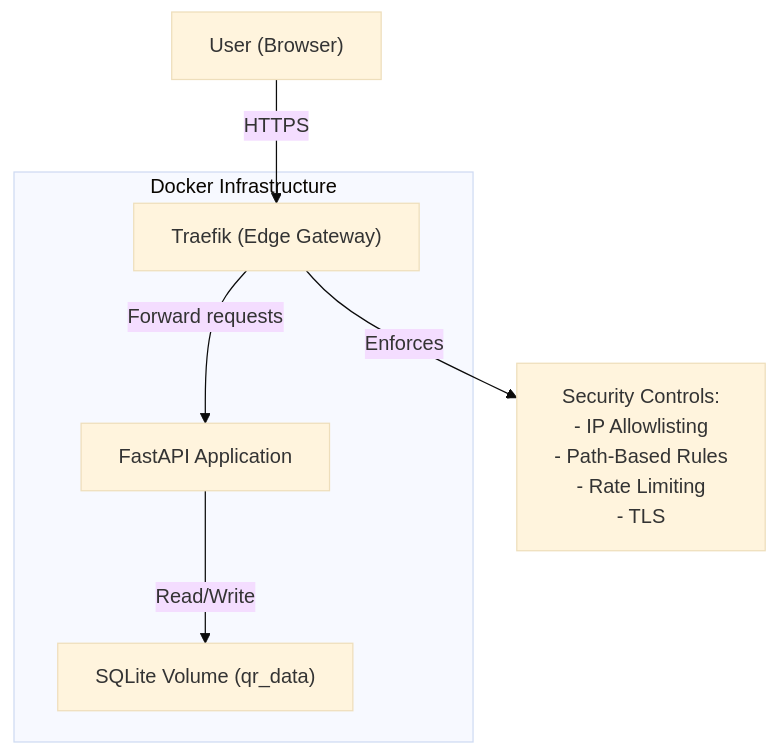
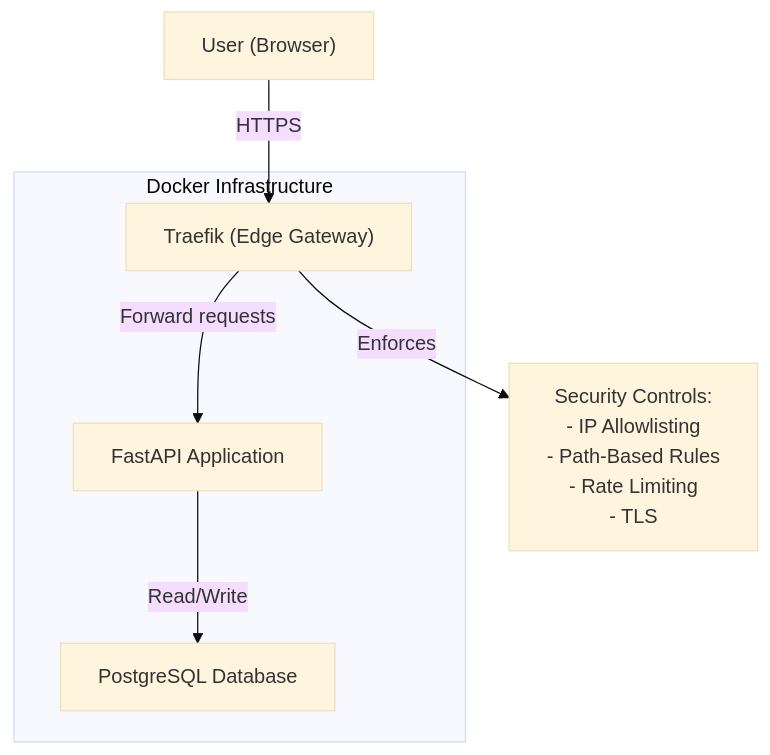
Before and after one commit to gsinghjay/mvp_qr_gen: the first of 3 diagrams in INFRASTRUCTURE.md, drawn with Mermaid (base theme). The commit also changed other lines of this file, not shown here.

Commit message:
docs: update infrastructure documentation for PostgreSQL architecture

````diff
--- a/INFRASTRUCTURE.md
+++ b/INFRASTRUCTURE.md
@@ -7,12 +7,12 @@
 ```mermaid
 graph TD
     User["User (Browser)"] --> |HTTPS| Traefik["Traefik (Edge Gateway)"]
     
     subgraph "Docker Infrastructure"
         Traefik --> |Forward requests| FastAPI["FastAPI Application"]
         
-        FastAPI --> |Read/Write| SQLiteVolume["SQLite Volume (qr_data)"]
+        FastAPI --> |Read/Write| PostgreSQL["PostgreSQL Database"]
     end
     
     Traefik --> |Enforces| Security["Security Controls:<br>- IP Allowlisting<br>- Path-Based Rules<br>- Rate Limiting<br>- TLS"]
 ```
````
